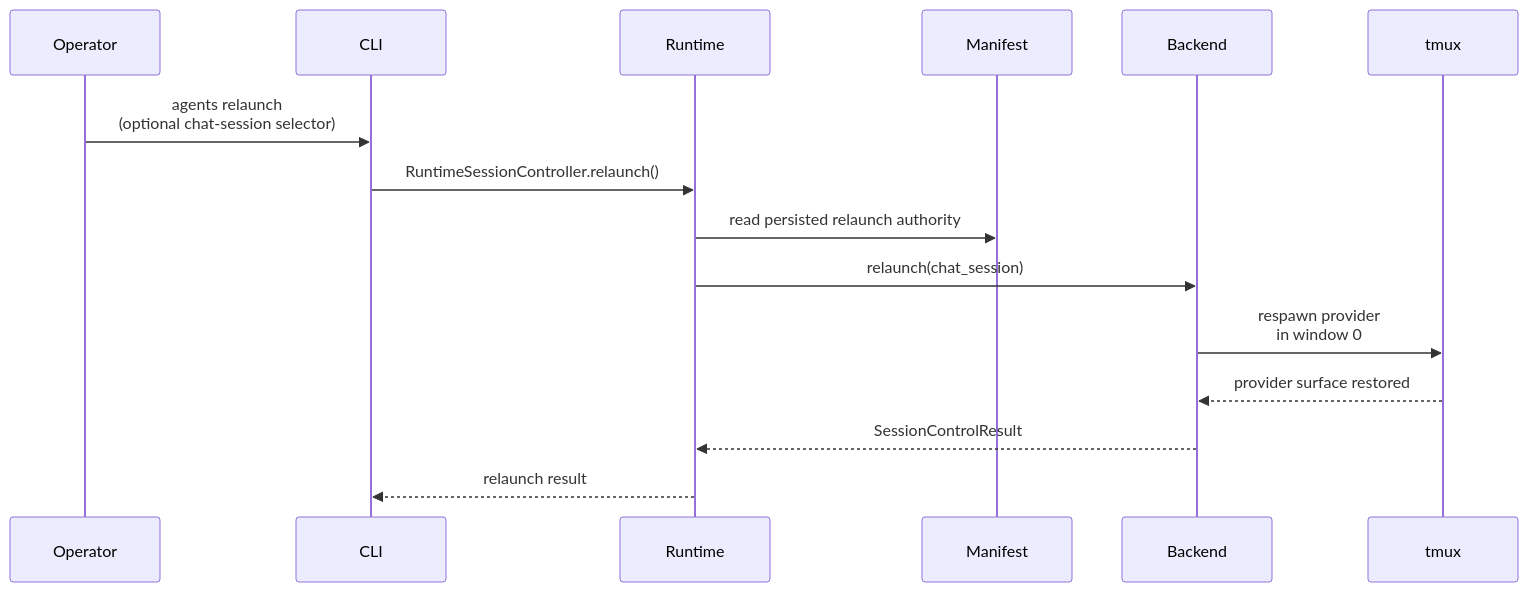
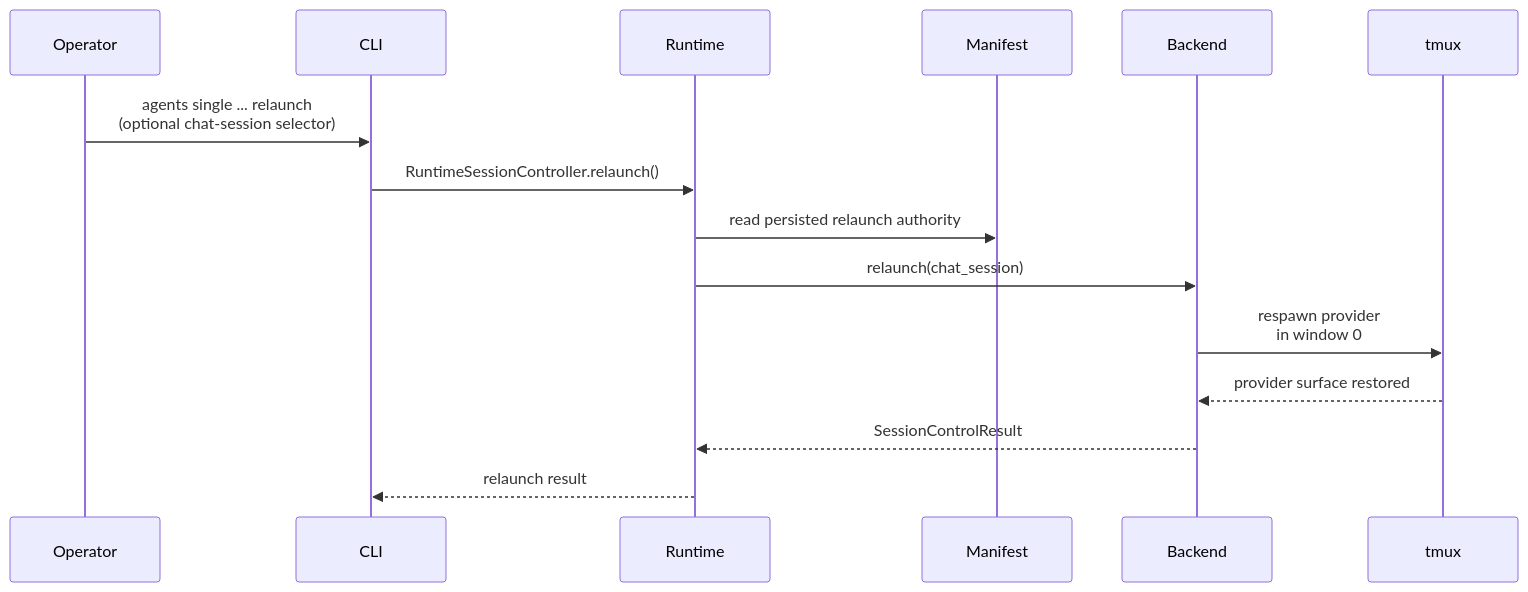
Before and after one commit to igamenovoer/houmao: the fourth of 4 diagrams in docs/reference/run-phase/session-lifecycle.md, drawn with Mermaid. The commit also changed other lines of this file and 151 other files, not shown here.

````diff
--- a/docs/reference/run-phase/session-lifecycle.md
+++ b/docs/reference/run-phase/session-lifecycle.md
@@ -252,18 +252,18 @@
 ```mermaid
 sequenceDiagram
     participant Op as Operator
     participant CLI as CLI
     participant RT as Runtime
     participant MF as Manifest
     participant BE as Backend
     participant TM as tmux
 
-    Op->>CLI: agents relaunch<br/>(optional chat-session selector)
+    Op->>CLI: agents single ... relaunch<br/>(optional chat-session selector)
     CLI->>RT: RuntimeSessionController.relaunch()
     RT->>MF: read persisted relaunch authority
     RT->>BE: relaunch(chat_session)
     BE->>TM: respawn provider<br/>in window 0
     TM-->>BE: provider surface restored
     BE-->>RT: SessionControlResult
     RT-->>CLI: relaunch result
 ```
````
